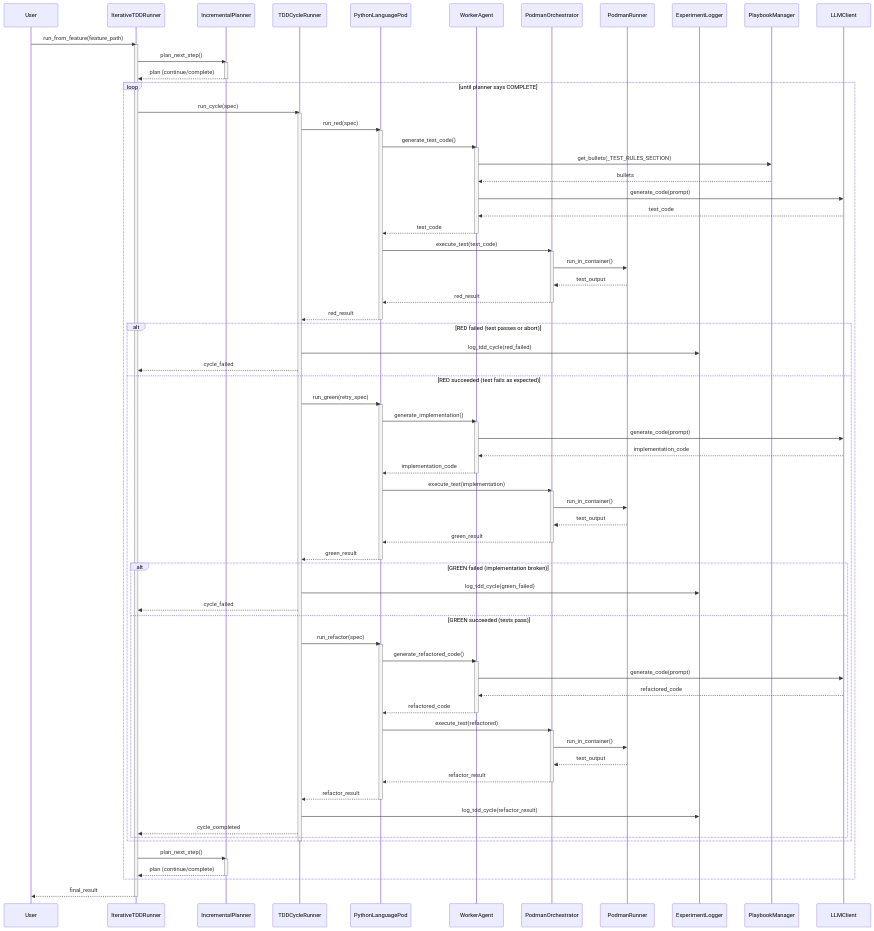
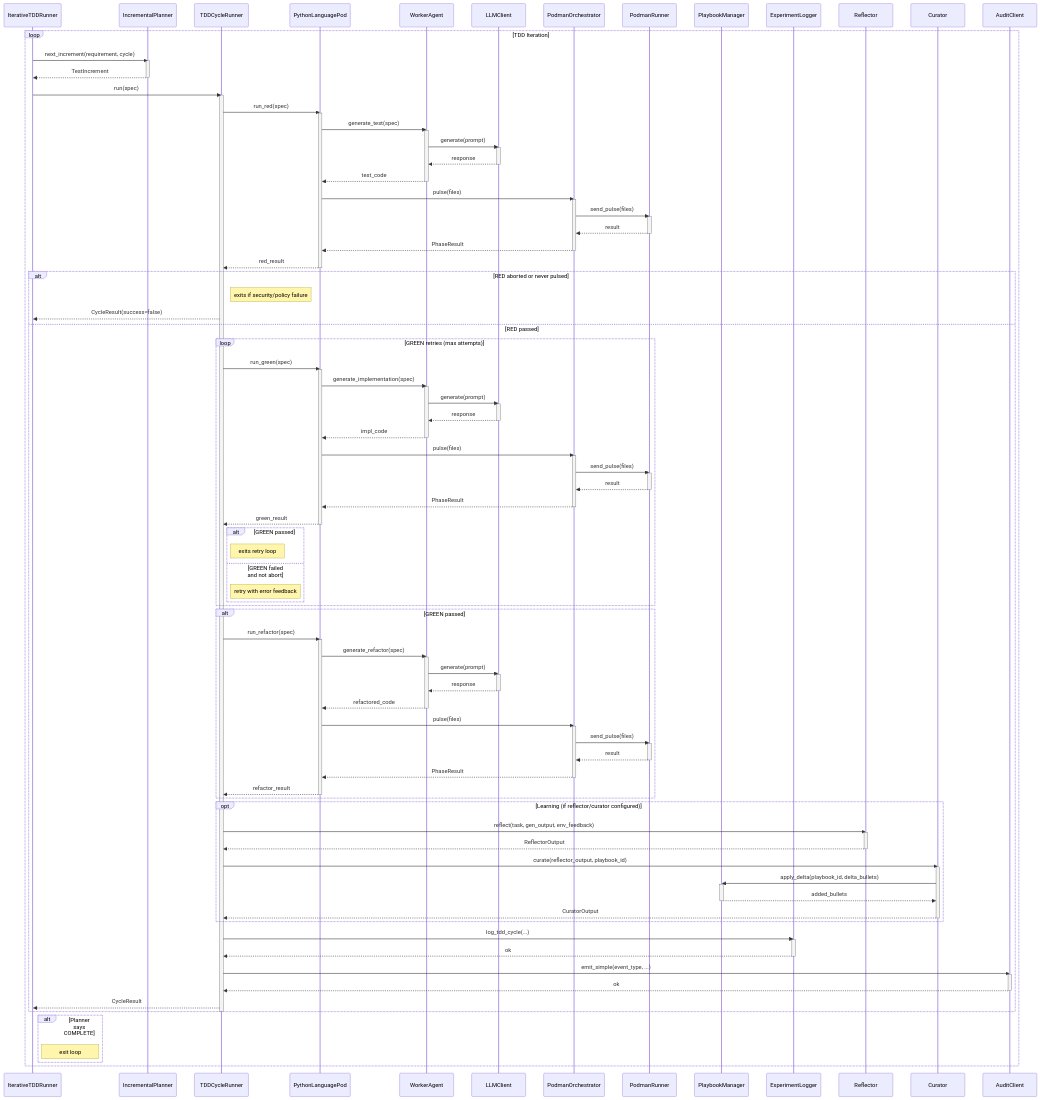
Before and after one commit to carlhuxley/ace_enterprise: the diagram in docs/SYSTEM_ARCHITECTURE.md, drawn with Mermaid. The commit also changed other lines of this file and 7 other files, not shown here.

````diff
--- a/docs/SYSTEM_ARCHITECTURE.md
+++ b/docs/SYSTEM_ARCHITECTURE.md
@@ -37,99 +43,135 @@
 ```mermaid
 sequenceDiagram
-    participant U as User
-    participant R as IterativeTDDRunner
-    participant P as IncrementalPlanner
-    participant C as TDDCycleRunner
+    participant Runner as IterativeTDDRunner
+    participant Planner as IncrementalPlanner
+    participant Cycle as TDDCycleRunner
     participant Pod as PythonLanguagePod
-    participant W as WorkerAgent
-    participant O as PodmanOrchestrator
-    participant PR as PodmanRunner
-    participant E as ExperimentLogger
-    participant PM as PlaybookManager
-    participant L as LLMClient
+    participant Worker as WorkerAgent
+    participant LLM as LLMClient
+    participant Orch as PodmanOrchestrator
+    participant Cont as PodmanRunner
+    participant PB as PlaybookManager
+    participant Log as ExperimentLogger
+    participant Refl as Reflector
+    participant Cur as Curator
+    participant Audit as AuditClient
 
-    U->>R: run_from_feature(feature_path)
-    activate R
-    R->>P: plan_next_step()
-    activate P
-    P-->>R: plan (continue/complete)
-    deactivate P
+    loop TDD Iteration
+        Runner->>Planner: next_increment(requirement, cycle)
+        activate Planner
+        Planner-->>Runner: TestIncrement
+        deactivate Planner
 
-    loop until planner says COMPLETE
-        R->>C: run_cycle(spec)
-        activate C
-        C->>Pod: run_red(spec)
+        Runner->>Cycle: run(spec)
+        activate Cycle
+
+        Cycle->>Pod: run_red(spec)
         activate Pod
-        Pod->>W: generate_test_code()
-        activate W
-        W->>PM: get_bullets(_TEST_RULES_SECTION)
-        PM-->>W: bullets
-        W->>L: generate_code(prompt)
-        L-->>W: test_code
-        W-->>Pod: test_code
-        deactivate W
-        Pod->>O: execute_test(test_code)
-        activate O
-        O->>PR: run_in_container()
-        PR-->>O: test_output
-        O-->>Pod: red_result
-        deactivate O
-        Pod-->>C: red_result
+        Pod->>Worker: generate_test(spec)
+        activate Worker
+        Worker->>LLM: generate(prompt)
+        activate LLM
+        LLM-->>Worker: response
+        deactivate LLM
+        Worker-->>Pod: test_code
+        deactivate Worker
+        Pod->>Orch: pulse(files)
+        activate Orch
+        Orch->>Cont: send_pulse(files)
+        activate Cont
+        Cont-->>Orch: result
+        deactivate Cont
+        Orch-->>Pod: PhaseResult
+        deactivate Orch
+        Pod-->>Cycle: red_result
         deactivate Pod
 
-        alt RED failed (test passes or abort)
-            C->>E: log_tdd_cycle(red_failed)
-            C-->>R: cycle_failed
-        else RED succeeded (test fails as expected)
-            C->>Pod: run_green(retry_spec)
-            activate Pod
-            Pod->>W: generate_implementation()
-            activate W
-            W->>L: generate_code(prompt)
-            L-->>W: implementation_code
-            W-->>Pod: implementation_code
-            deactivate W
-            Pod->>O: execute_test(implementation)
-            activate O
-            O->>PR: run_in_container()
-            PR-->>O: test_output
-            O-->>Pod: green_result
-            deactivate O
-            Pod-->>C: green_result
-            deactivate Pod
+        alt RED aborted or never pulsed
+            Note right of Cycle: exits if security/policy failure
+            Cycle-->>Runner: CycleResult(success=false)
+        else RED passed
+            loop GREEN retries (max attempts)
+                Cycle->>Pod: run_green(spec)
+                activate Pod
+                Pod->>Worker: generate_implementation(spec)
+                activate Worker
+                Worker->>LLM: generate(prompt)
+                activate LLM
+                LLM-->>Worker: response
+                deactivate LLM
+                Worker-->>Pod: impl_code
+                deactivate Worker
+                Pod->>Orch: pulse(files)
+                activate Orch
+                Orch->>Cont: send_pulse(files)
+                activate Cont
+                Cont-->>Orch: result
+                deactivate Cont
+                Orch-->>Pod: PhaseResult
+                deactivate Orch
+                Pod-->>Cycle: green_result
+                deactivate Pod
+                alt GREEN passed
+                    Note right of Cycle: exits retry loop
+                else GREEN failed and not abort
+                    Note right of Cycle: retry with error feedback
+                end
+            end
 
-            alt GREEN failed (implementation broken)
-                C->>E: log_tdd_cycle(green_failed)
-                C-->>R: cycle_failed
-            else GREEN succeeded (tests pass)
-                C->>Pod: run_refactor(spec)
+            alt GREEN passed
+                Cycle->>Pod: run_refactor(spec)
                 activate Pod
-                Pod->>W: generate_refactored_code()
-                activate W
-                W->>L: generate_code(prompt)
-                L-->>W: refactored_code
-                W-->>Pod: refactored_code
-                deactivate W
-                Pod->>O: execute_test(refactored)
-                activate O
-                O->>PR: run_in_container()
-                PR-->>O: test_output
-                O-->>Pod: refactor_result
-                deactivate O
-                Pod-->>C: refactor_result
+                Pod->>Worker: generate_refactor(spec)
+                activate Worker
+                Worker->>LLM: generate(prompt)
+                activate LLM
+                LLM-->>Worker: response
+                deactivate LLM
+                Worker-->>Pod: refactored_code
+                deactivate Worker
+                Pod->>Orch: pulse(files)
+                activate Orch
+                Orch->>Cont: send_pulse(files)
+                activate Cont
+                Cont-->>Orch: result
+                deactivate Cont
+                Orch-->>Pod: PhaseResult
+                deactivate Orch
+                Pod-->>Cycle: refactor_result
                 deactivate Pod
+            end
 
-                C->>E: log_tdd_cycle(refactor_result)
-                C-->>R: cycle_completed
+            opt Learning (if reflector/curator configured)
+                Cycle->>Refl: reflect(task, gen_output, env_feedback)
+                activate Refl
+                Refl-->>Cycle: ReflectorOutput
+                deactivate Refl
+                Cycle->>Cur: curate(reflector_output, playbook_id)
+                activate Cur
+                Cur->>PB: apply_delta(playbook_id, delta_bullets)
+                activate PB
+                PB-->>Cur: added_bullets
+                deactivate PB
+                Cur-->>Cycle: CuratorOutput
+                deactivate Cur
             end
+
+            Cycle->>Log: log_tdd_cycle(...)
+            activate Log
+            Log-->>Cycle: ok
+            deactivate Log
+
+            Cycle->>Audit: emit_simple(event_type, ...)
+            activate Audit
+            Audit-->>Cycle: ok
+            deactivate Audit
+
+            Cycle-->>Runner: CycleResult
         end
-        deactivate C
-        R->>P: plan_next_step()
-        activate P
-        P-->>R: plan (continue/complete)
-        deactivate P
+        deactivate Cycle
+
+        alt Planner says COMPLETE
+            Note right of Runner: exit loop
+        end
     end
-
-    R-->>U: final_result
-    deactivate R
 ```
````
